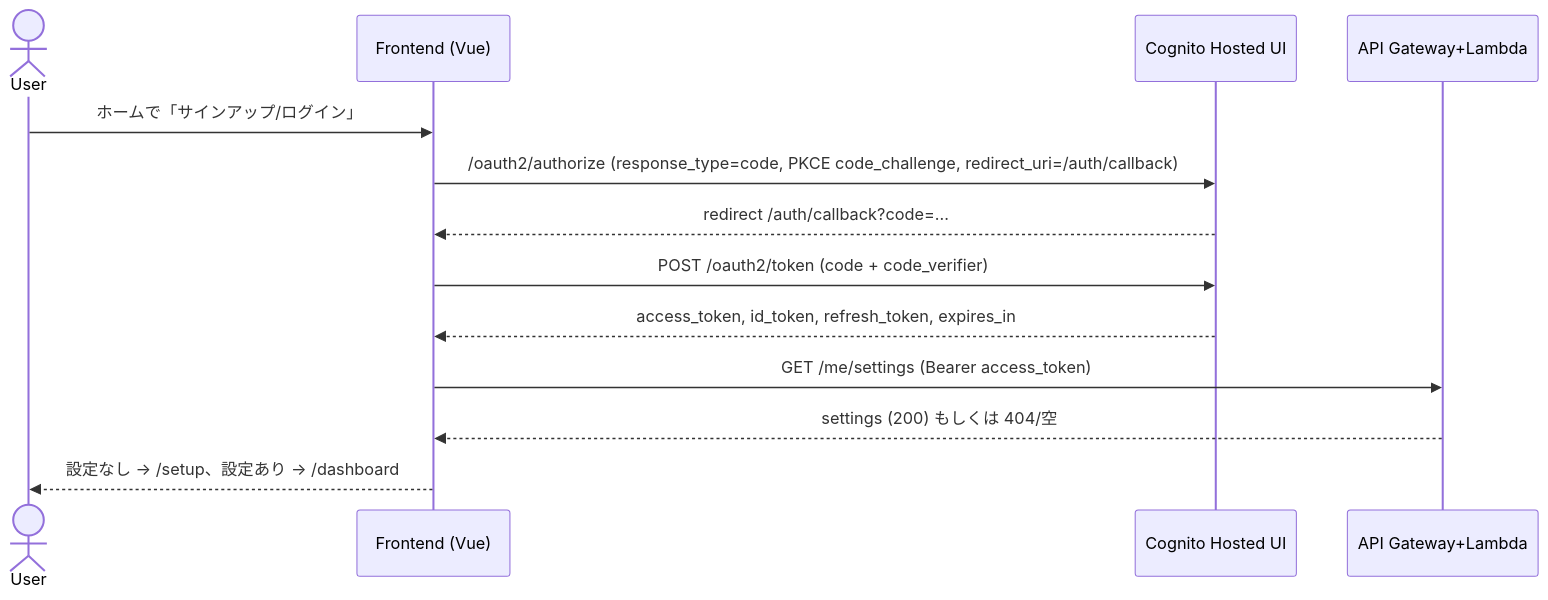
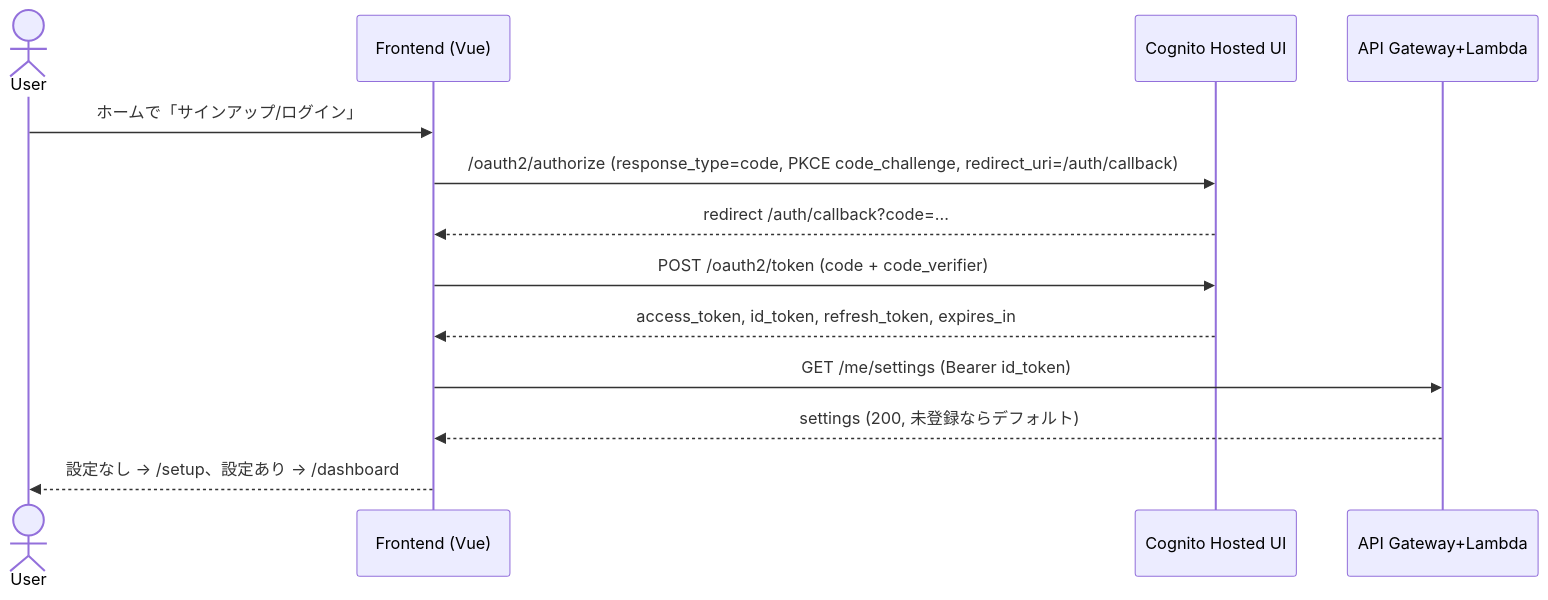
The diagram in docs/requirements/auth-flow.md (katsuki-ishii/memento), drawn with Mermaid before and after one commit. The commit also changed other lines of this file and 1 other file, not shown here.

Commit message:
docs: align auth flow with id token

````diff
--- a/docs/requirements/auth-flow.md
+++ b/docs/requirements/auth-flow.md
@@ -12,16 +12,16 @@
 ```mermaid
 sequenceDiagram
   actor U as User
   participant FE as Frontend (Vue)
   participant CG as Cognito Hosted UI
   participant API as API Gateway+Lambda
 
   U->>FE: ホームで「サインアップ/ログイン」
   FE->>CG: /oauth2/authorize (response_type=code, PKCE code_challenge, redirect_uri=/auth/callback)
   CG-->>FE: redirect /auth/callback?code=...
   FE->>CG: POST /oauth2/token (code + code_verifier)
   CG-->>FE: access_token, id_token, refresh_token, expires_in
-  FE->>API: GET /me/settings (Bearer access_token)
-  API-->>FE: settings (200) もしくは 404/空
+  FE->>API: GET /me/settings (Bearer id_token)
+  API-->>FE: settings (200, 未登録ならデフォルト)
   FE-->>U: 設定なし → /setup、設定あり → /dashboard
 ```
````
